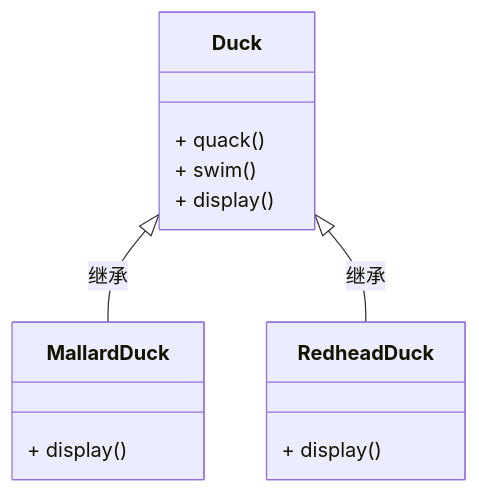
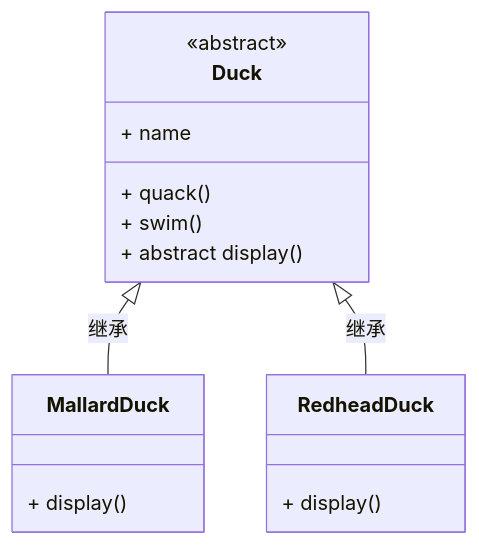
The first of 6 diagrams in docs/courses/java-design-pattern.md (lordking/lordking.github.io), drawn with Mermaid before and after one commit. The commit also changed other lines of this file, not shown here.

````diff
--- a/docs/courses/java-design-pattern.md
+++ b/docs/courses/java-design-pattern.md
@@ -28,20 +30,22 @@
 ```mermaid
 classDiagram
 	class Duck {
+	  <<abstract>>
+	  + name
 	  + quack()
 	  + swim()
-	  + display()
+	  + abstract display()
 	}
 
 	class MallardDuck {
 		+ display()
 	}
 
 	class RedheadDuck {
 		+ display()
 	}
 
 	Duck <| -- MallardDuck : 继承
 	Duck <| -- RedheadDuck : 继承
 	
 ```
````
